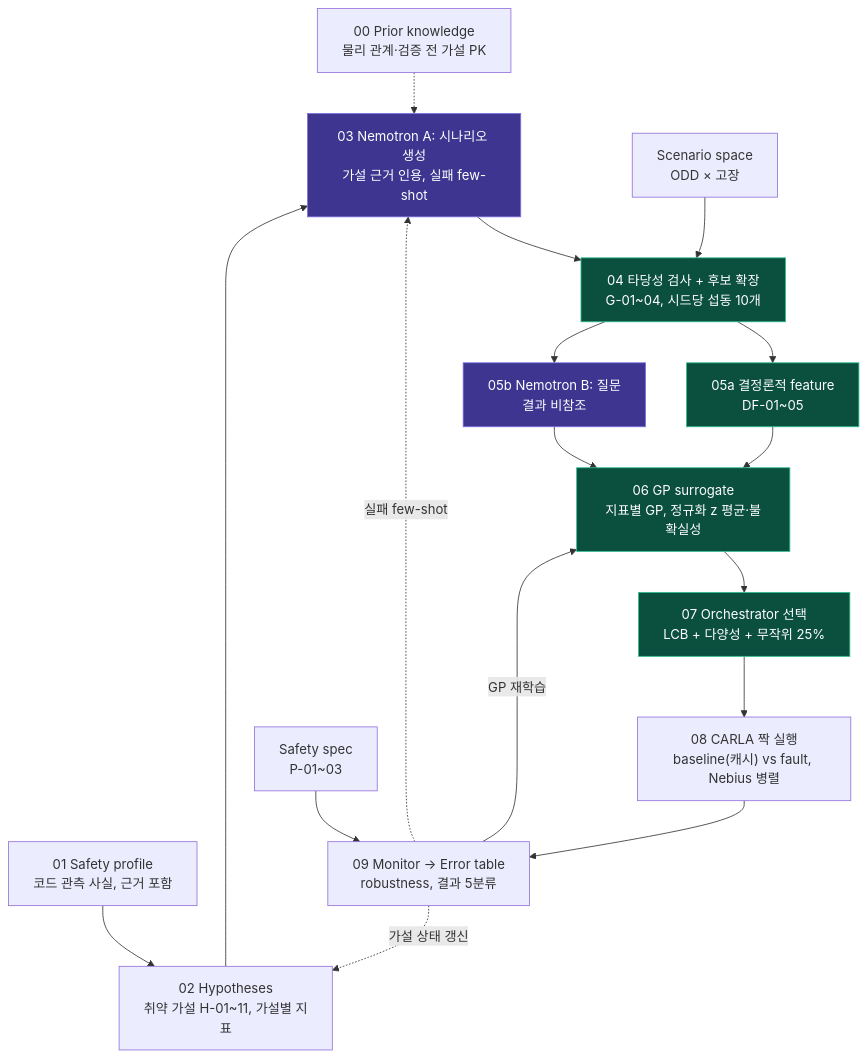
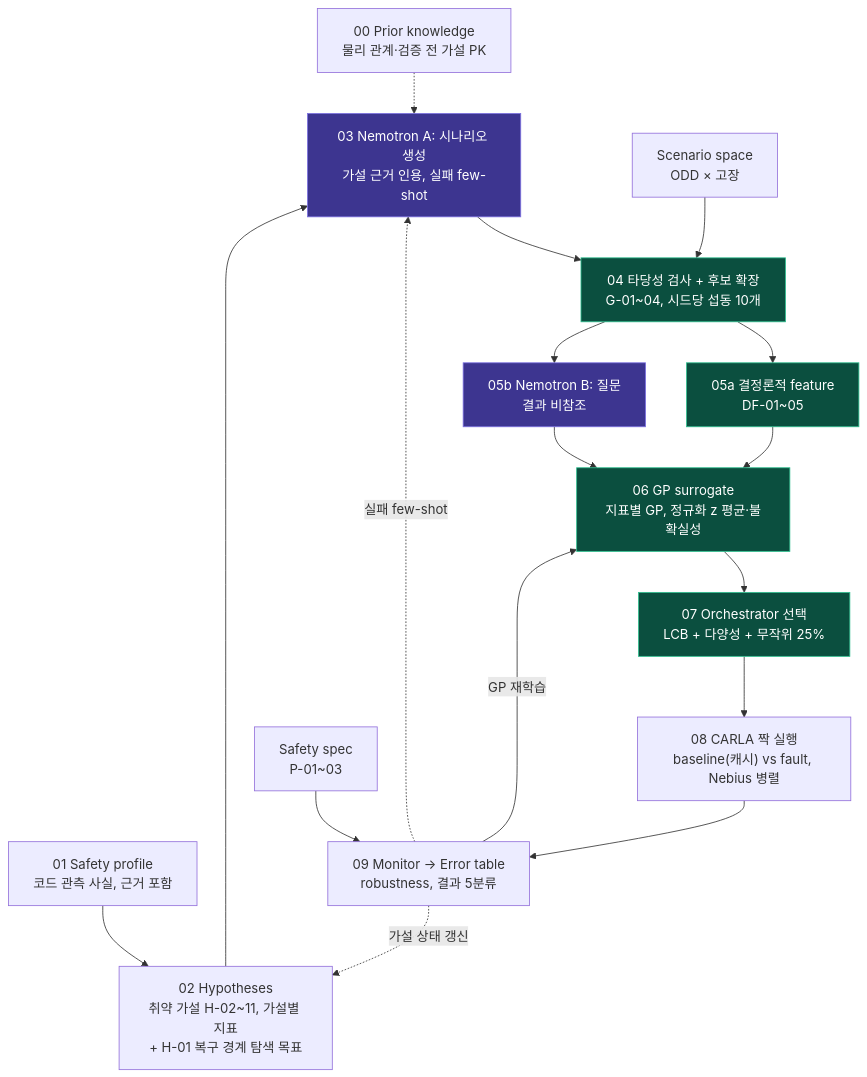
Before and after one commit to yoonju04/SIL_HACKATHON: the diagram in pipeline/README.md, drawn with Mermaid. The commit also changed other lines of this file and 7 other files, not shown here.

````diff
--- a/pipeline/README.md
+++ b/pipeline/README.md
@@ -5,25 +5,25 @@
 ```mermaid
 flowchart TD
     PK["00 Prior knowledge<br/>물리 관계·검증 전 가설 PK"] -.-> NA
     SP["01 Safety profile<br/>코드 관측 사실, 근거 포함"] --> HY
-    HY["02 Hypotheses<br/>취약 가설 H-01~11, 가설별 지표"] --> NA
+    HY["02 Hypotheses<br/>취약 가설 H-02~11, 가설별 지표<br/>+ H-01 복구 경계 탐색 목표"] --> NA
     NA["03 Nemotron A: 시나리오 생성<br/>가설 근거 인용, 실패 few-shot"] --> FE
     SS["Scenario space<br/>ODD × 고장"] --> FE
     FE["04 타당성 검사 + 후보 확장<br/>G-01~04, 시드당 섭동 10개"] --> DF & NB
     DF["05a 결정론적 feature<br/>DF-01~05"] --> GP
     NB["05b Nemotron B: 질문<br/>결과 비참조"] --> GP
     GP["06 GP surrogate<br/>지표별 GP, 정규화 z 평균·불확실성"] --> OR
     OR["07 Orchestrator 선택<br/>LCB + 다양성 + 무작위 25%"] --> CR
     CR["08 CARLA 짝 실행<br/>baseline(캐시) vs fault, Nebius 병렬"] --> MO
     SPEC["Safety spec<br/>P-01~03"] --> MO
     MO["09 Monitor → Error table<br/>robustness, 결과 5분류"]
 
     MO -- "GP 재학습" --> GP
     MO -. "실패 few-shot" .-> NA
     MO -. "가설 상태 갱신" .-> HY
 
     classDef nemotron fill:#3d3590,stroke:#7b70e0,color:#fff
     classDef det fill:#0b4f3f,stroke:#2fbf8f,color:#fff
     class NA,NB nemotron
     class FE,DF,GP,OR det
 ```
````
